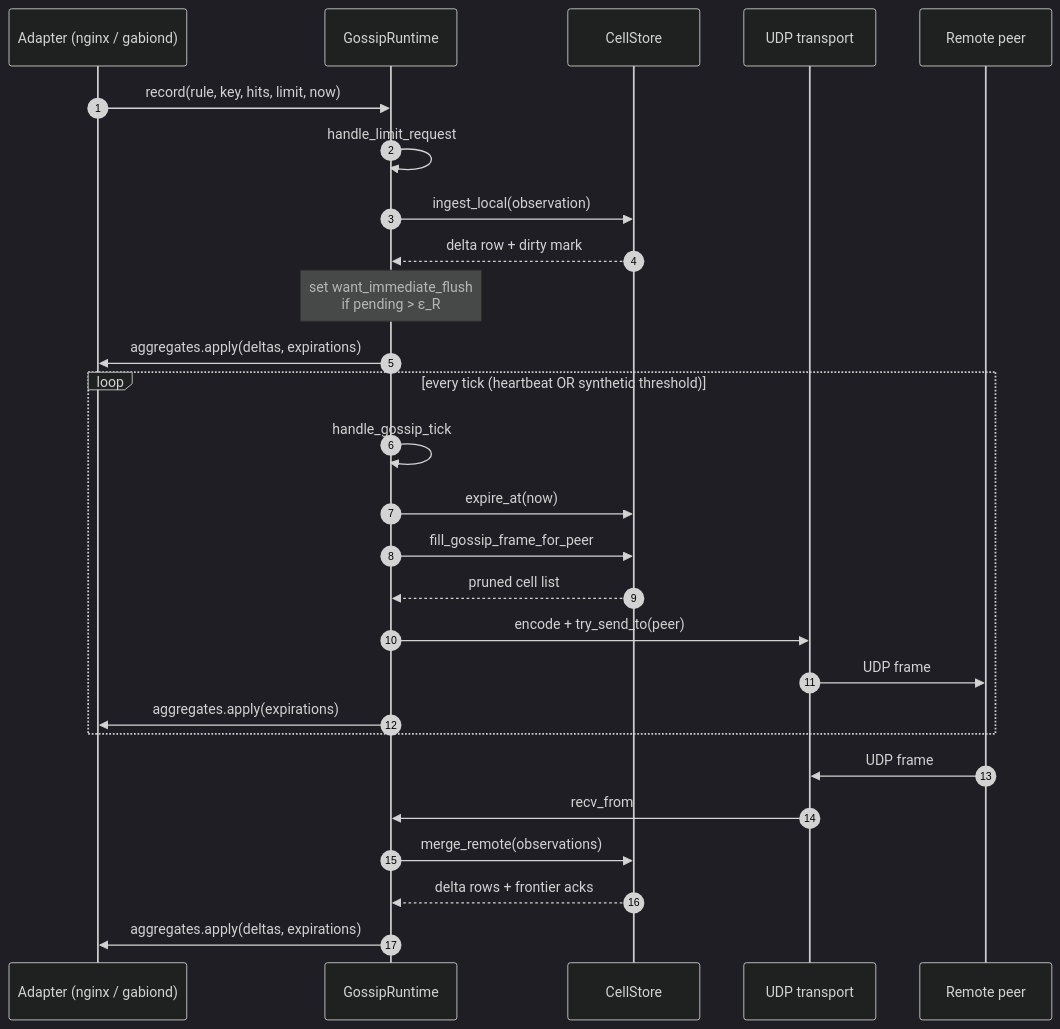
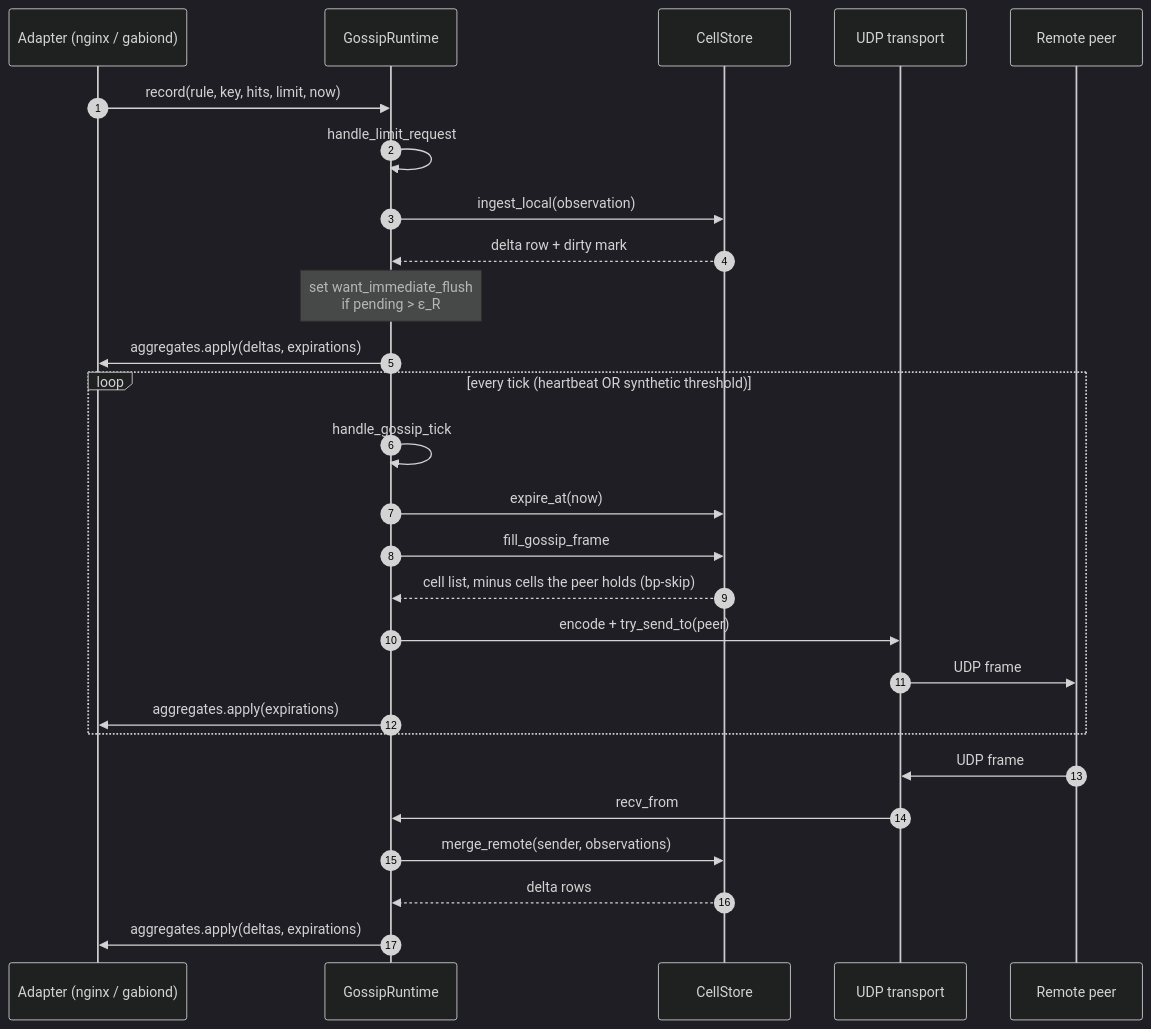
One commit to prosody-events/gabion changed the first of 2 diagrams in crates/gabion/README.md. Above: the diagram before and after it, drawn with Mermaid (dark theme). The commit also changed other lines of this file and 13 other files, not shown here.

First line of the commit message:
fix(gossip): replace the per-peer frontier with bp-skip

````diff
--- a/crates/gabion/README.md
+++ b/crates/gabion/README.md
@@ -165,32 +164,32 @@
 ```mermaid
 sequenceDiagram
     autonumber
     participant Adapter as Adapter (nginx / gabiond)
     participant Runtime as GossipRuntime
     participant Store as CellStore
     participant Tx as UDP transport
     participant Peer as Remote peer
 
     Adapter->>Runtime: record(rule, key, hits, limit, now)
     Runtime->>Runtime: handle_limit_request
     Runtime->>Store: ingest_local(observation)
     Store-->>Runtime: delta row + dirty mark
     Note over Runtime: set want_immediate_flush<br/>if pending > ε_R
     Runtime->>Adapter: aggregates.apply(deltas, expirations)
 
     loop every tick (heartbeat OR synthetic threshold)
         Runtime->>Runtime: handle_gossip_tick
         Runtime->>Store: expire_at(now)
-        Runtime->>Store: fill_gossip_frame_for_peer
-        Store-->>Runtime: pruned cell list
+        Runtime->>Store: fill_gossip_frame
+        Store-->>Runtime: cell list, minus cells the peer holds (bp-skip)
         Runtime->>Tx: encode + try_send_to(peer)
         Tx->>Peer: UDP frame
         Runtime->>Adapter: aggregates.apply(expirations)
     end
 
     Peer->>Tx: UDP frame
     Tx->>Runtime: recv_from
-    Runtime->>Store: merge_remote(observations)
-    Store-->>Runtime: delta rows + frontier acks
+    Runtime->>Store: merge_remote(sender, observations)
+    Store-->>Runtime: delta rows
     Runtime->>Adapter: aggregates.apply(deltas, expirations)
 ```
````
